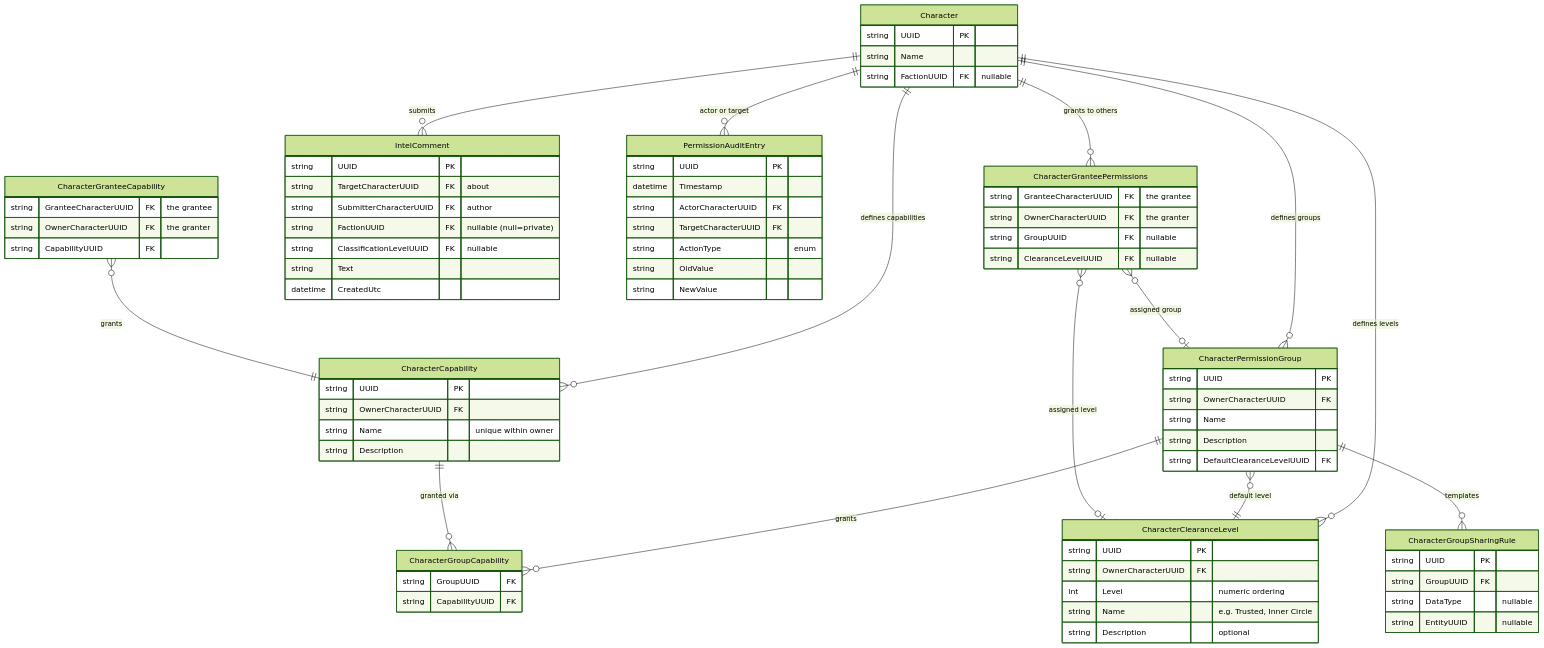
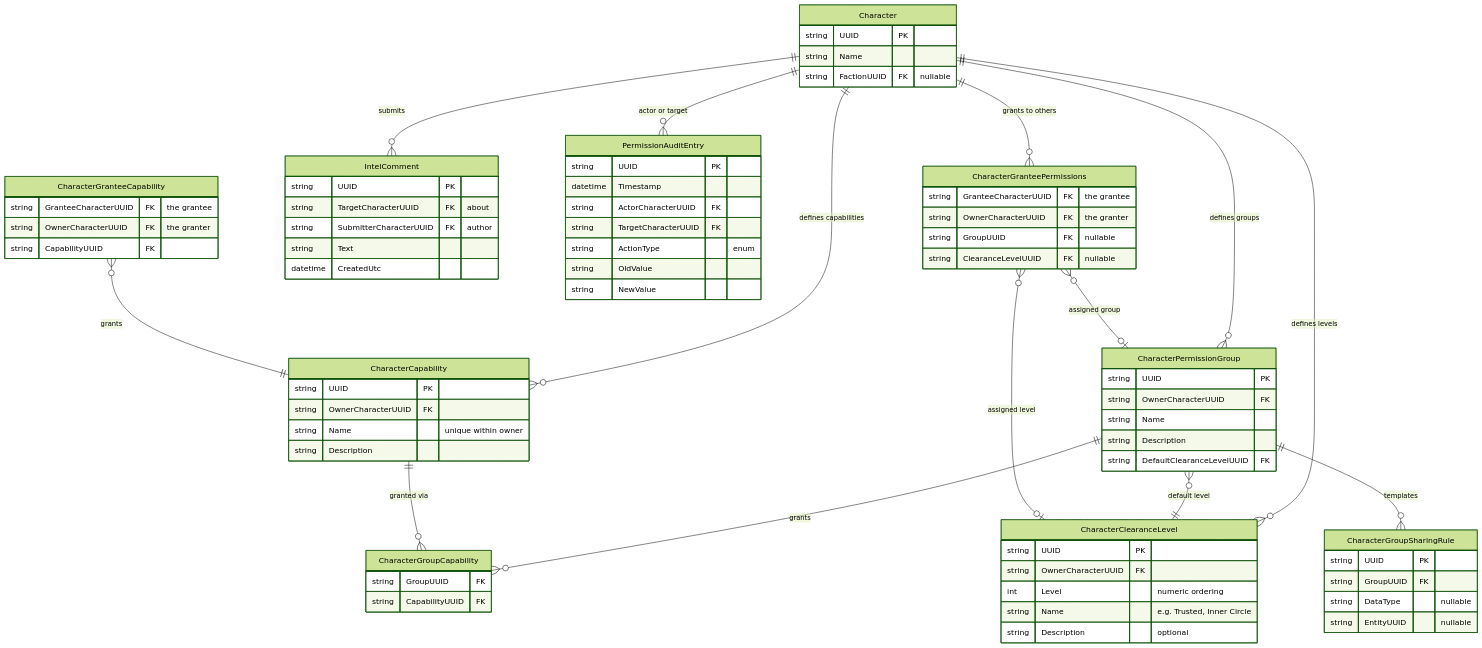
One commit to scalorn/OuterEmpires2EmpireTracker changed the second of 2 diagrams in .kiro/specs/faction-server-expanded-permissions/design.md. Above: the diagram before and after it, drawn with Mermaid (forest theme). The commit also changed other lines of this file and 1 other file, not shown here.

First line of the commit message:
Redesign IntelComment: multi-faction sharing with classification review workflow

```diff
--- a/.kiro/specs/faction-server-expanded-permissions/design.md
+++ b/.kiro/specs/faction-server-expanded-permissions/design.md
@@ -415,8 +435,6 @@
         string UUID PK
         string TargetCharacterUUID FK "about"
         string SubmitterCharacterUUID FK "author"
-        string FactionUUID FK "nullable (null=private)"
-        string ClassificationLevelUUID FK "nullable"
         string Text
         datetime CreatedUtc
     }
```
